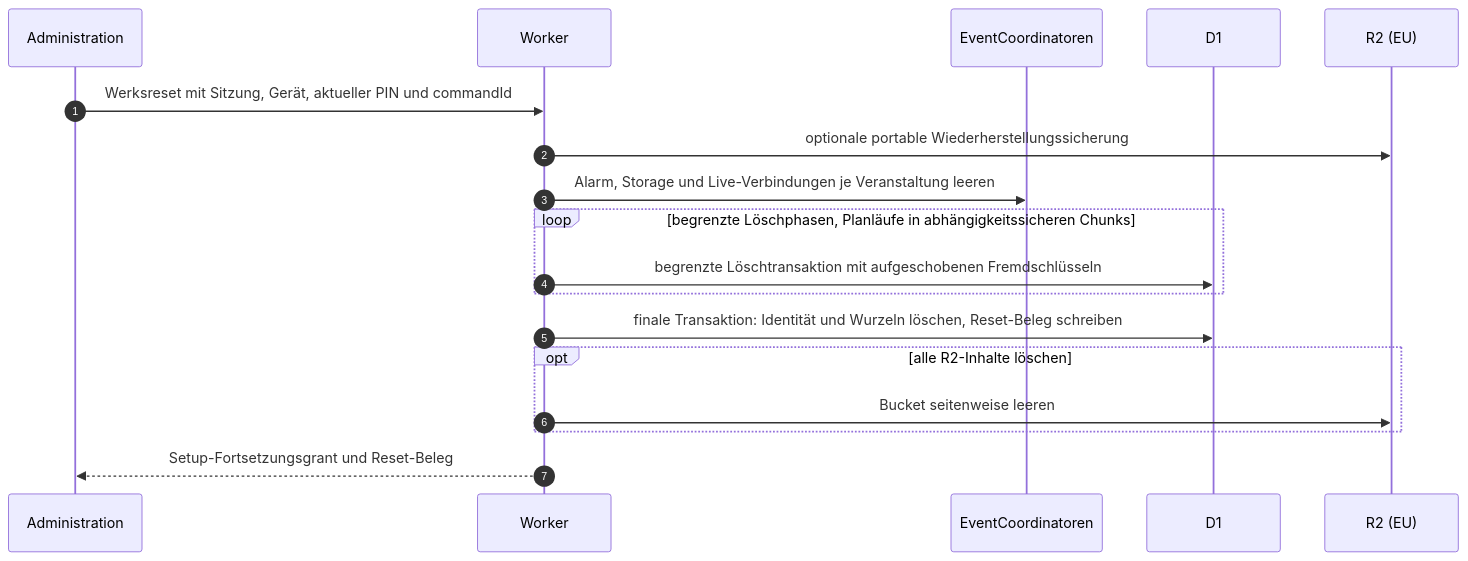
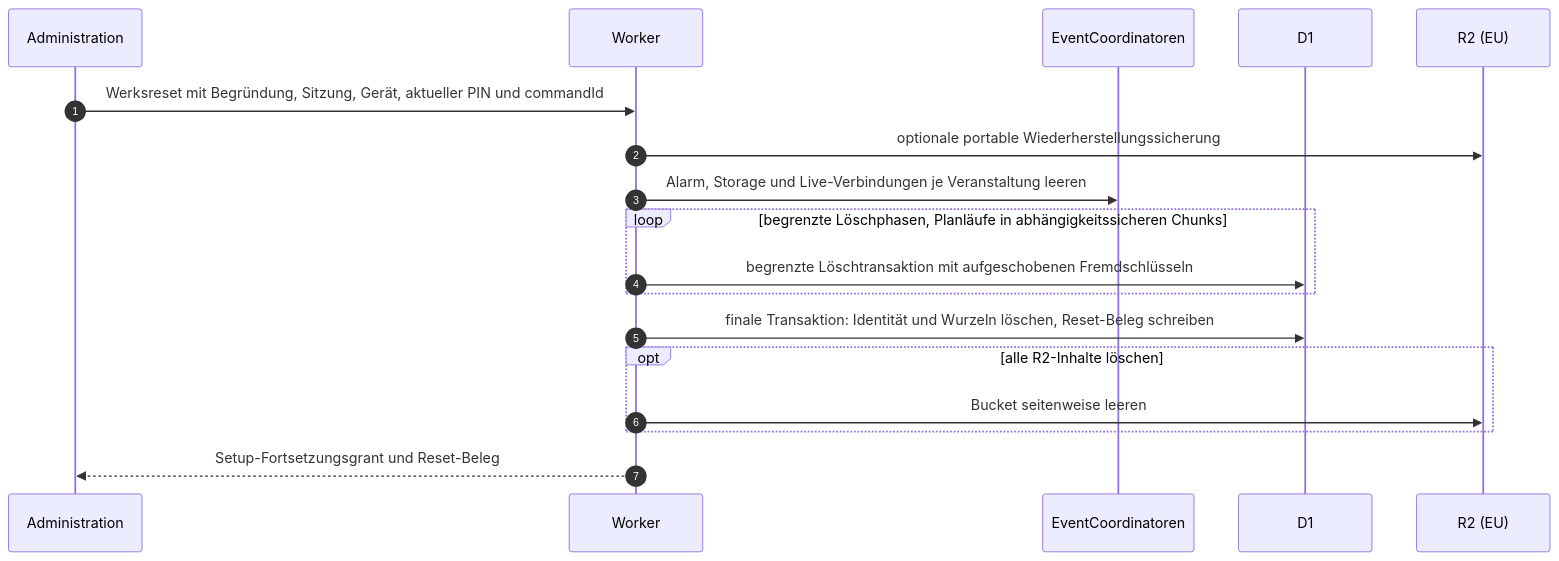
Before and after one commit to aguther/rundflug-leitstand: the eighth of 8 diagrams in docs/arc42/06-laufzeitsicht.md, drawn with Mermaid. The commit also changed other lines of this file and 14 other files, not shown here.

````diff
--- a/docs/arc42/06-laufzeitsicht.md
+++ b/docs/arc42/06-laufzeitsicht.md
@@ -225,21 +225,21 @@
 ```mermaid
 sequenceDiagram
     autonumber
     participant A as Administration
     participant W as Worker
     participant DO as EventCoordinatoren
     participant D as D1
     participant R as R2 (EU)
 
-    A->>W: Werksreset mit Sitzung, Gerät, aktueller PIN und commandId
+    A->>W: Werksreset mit Begründung, Sitzung, Gerät, aktueller PIN und commandId
     W->>R: optionale portable Wiederherstellungssicherung
     W->>DO: Alarm, Storage und Live-Verbindungen je Veranstaltung leeren
     loop begrenzte Löschphasen, Planläufe in abhängigkeitssicheren Chunks
         W->>D: begrenzte Löschtransaktion mit aufgeschobenen Fremdschlüsseln
     end
     W->>D: finale Transaktion: Identität und Wurzeln löschen, Reset-Beleg schreiben
     opt alle R2-Inhalte löschen
         W->>R: Bucket seitenweise leeren
     end
     W-->>A: Setup-Fortsetzungsgrant und Reset-Beleg
 ```
````
